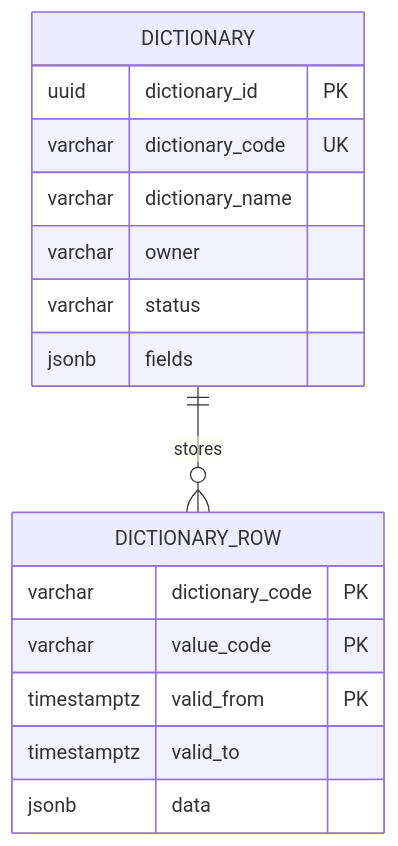
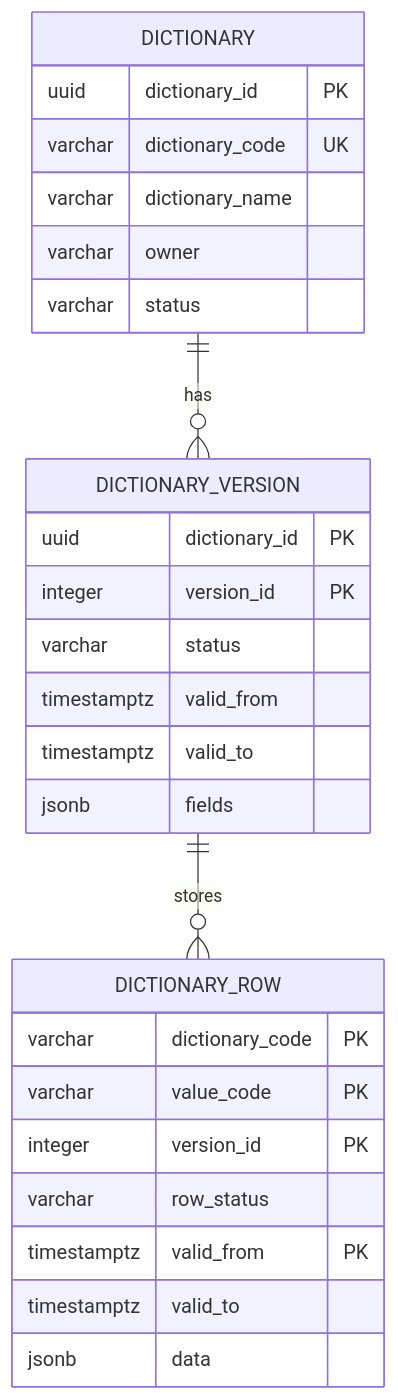
The diagram in docs/1. functional/specification/v2 - 1 таблица/DB.md (StrannikE95/reference_data), drawn with Mermaid before and after one commit. The commit also changed other lines of this file and 14 other files, not shown here.

````diff
--- a/docs/1. functional/specification/v2 - 1 таблица/DB.md
+++ b/docs/1. functional/specification/v2 - 1 таблица/DB.md
@@ -9,21 +9,32 @@
 ```mermaid
 erDiagram
-    DICTIONARY ||--o{ DICTIONARY_ROW : stores
+    DICTIONARY ||--o{ DICTIONARY_VERSION : has
+    DICTIONARY_VERSION ||--o{ DICTIONARY_ROW : stores
 
     DICTIONARY {
         uuid dictionary_id PK
         varchar dictionary_code UK
         varchar dictionary_name
         varchar owner
         varchar status
+    }
+
+    DICTIONARY_VERSION {
+        uuid dictionary_id PK
+        integer version_id PK
+        varchar status
+        timestamptz valid_from
+        timestamptz valid_to
         jsonb fields
     }
 
     DICTIONARY_ROW {
         varchar dictionary_code PK
         varchar value_code PK
+        integer version_id PK
+        varchar row_status
         timestamptz valid_from PK
         timestamptz valid_to
         jsonb data
     }
 ```
````
